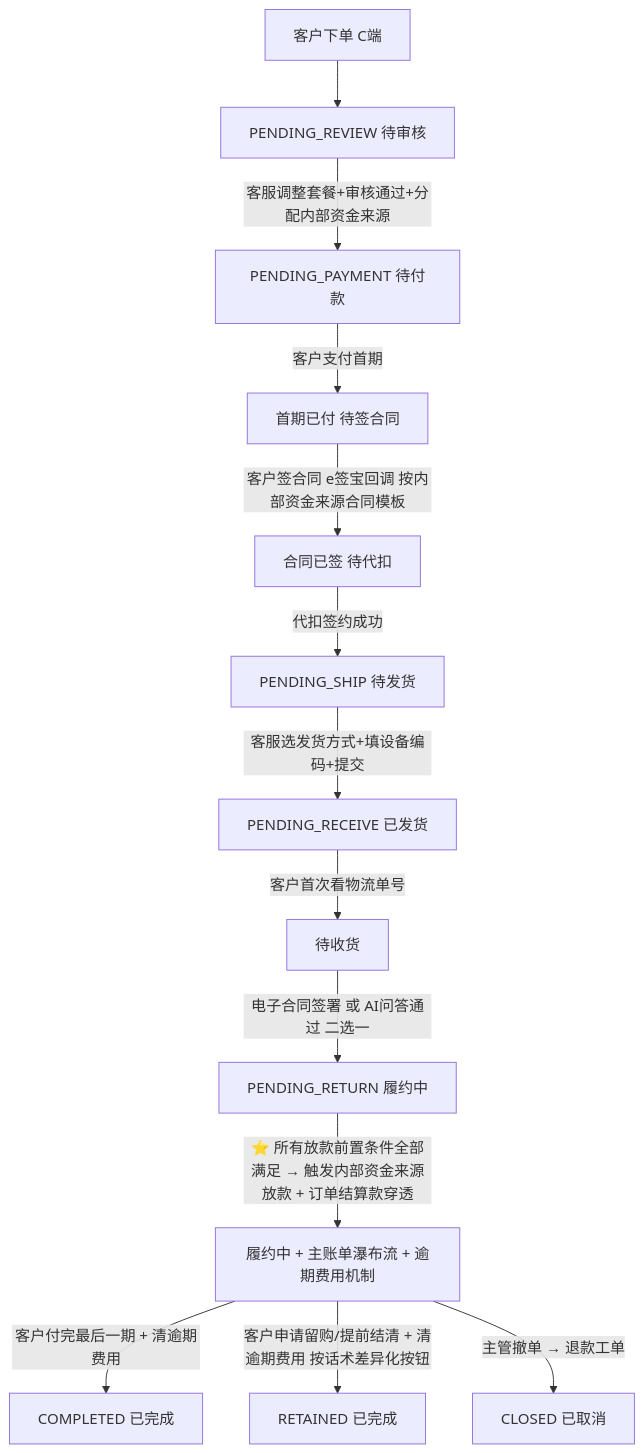
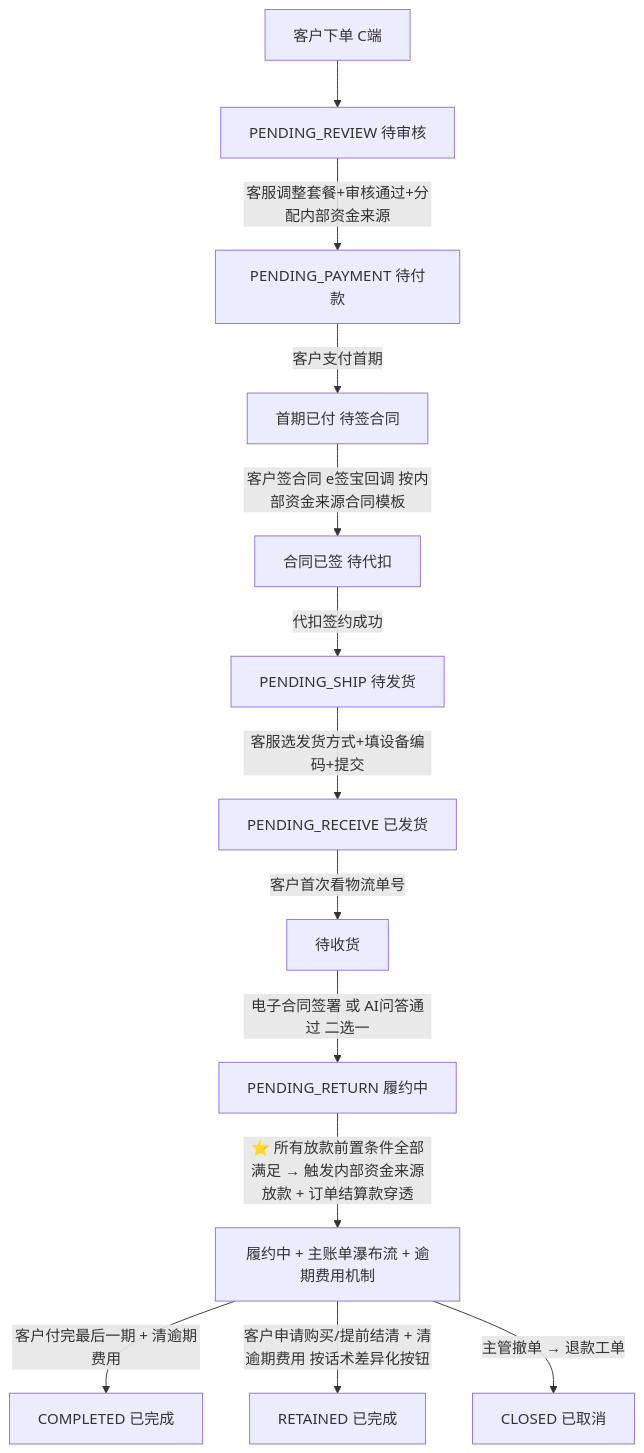
The diagram in PRD/V0.2/modules/运营端/订单管理/08_长租订单全生命周期与客服操作.md (joezjyan-bot/mandian-prd), drawn with Mermaid before and after one commit. The commit also changed other lines of this file and 2 other files, not shown here.

````diff
--- a/PRD/V0.2/modules/运营端/订单管理/08_长租订单全生命周期与客服操作.md
+++ b/PRD/V0.2/modules/运营端/订单管理/08_长租订单全生命周期与客服操作.md
@@ -596,15 +596,15 @@
 ```mermaid
 flowchart TD
     A[客户下单 C端] --> B[PENDING_REVIEW 待审核]
     B -->|客服调整套餐+审核通过+分配内部资金来源| C[PENDING_PAYMENT 待付款]
     C -->|客户支付首期| C1[首期已付 待签合同]
     C1 -->|客户签合同 e签宝回调 按内部资金来源合同模板| C2[合同已签 待代扣]
     C2 -->|代扣签约成功| D[PENDING_SHIP 待发货]
     D -->|客服选发货方式+填设备编码+提交| E[PENDING_RECEIVE 已发货]
     E -->|客户首次看物流单号| E1[待收货]
     E1 -->|电子合同签署 或 AI问答通过 二选一| F[PENDING_RETURN 履约中]
     F -->|⭐ 所有放款前置条件全部满足 → 触发内部资金来源放款 + 订单结算款穿透| G[履约中 + 主账单瀑布流 + 逾期费用机制]
     G -->|客户付完最后一期 + 清逾期费用| H1[COMPLETED 已完成]
-    G -->|客户申请留购/提前结清 + 清逾期费用 按话术差异化按钮| H2[RETAINED 已完成]
+    G -->|客户申请购买/提前结清 + 清逾期费用 按话术差异化按钮| H2[RETAINED 已完成]
     G -->|主管撤单 → 退款工单| H3[CLOSED 已取消]
 ```
````
